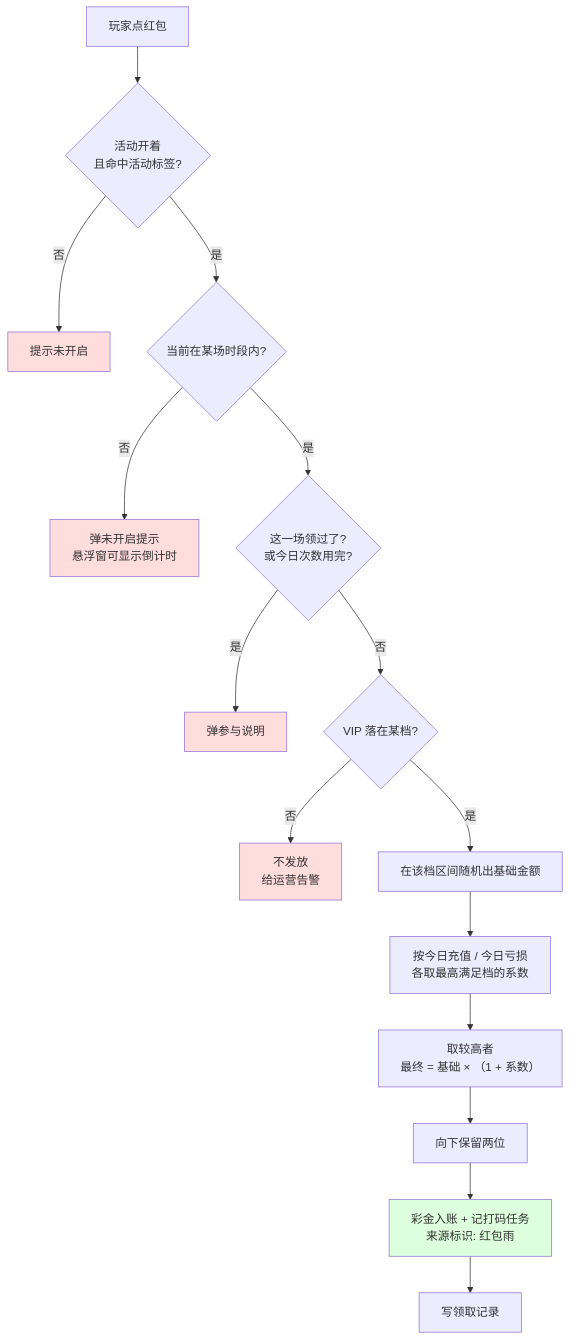
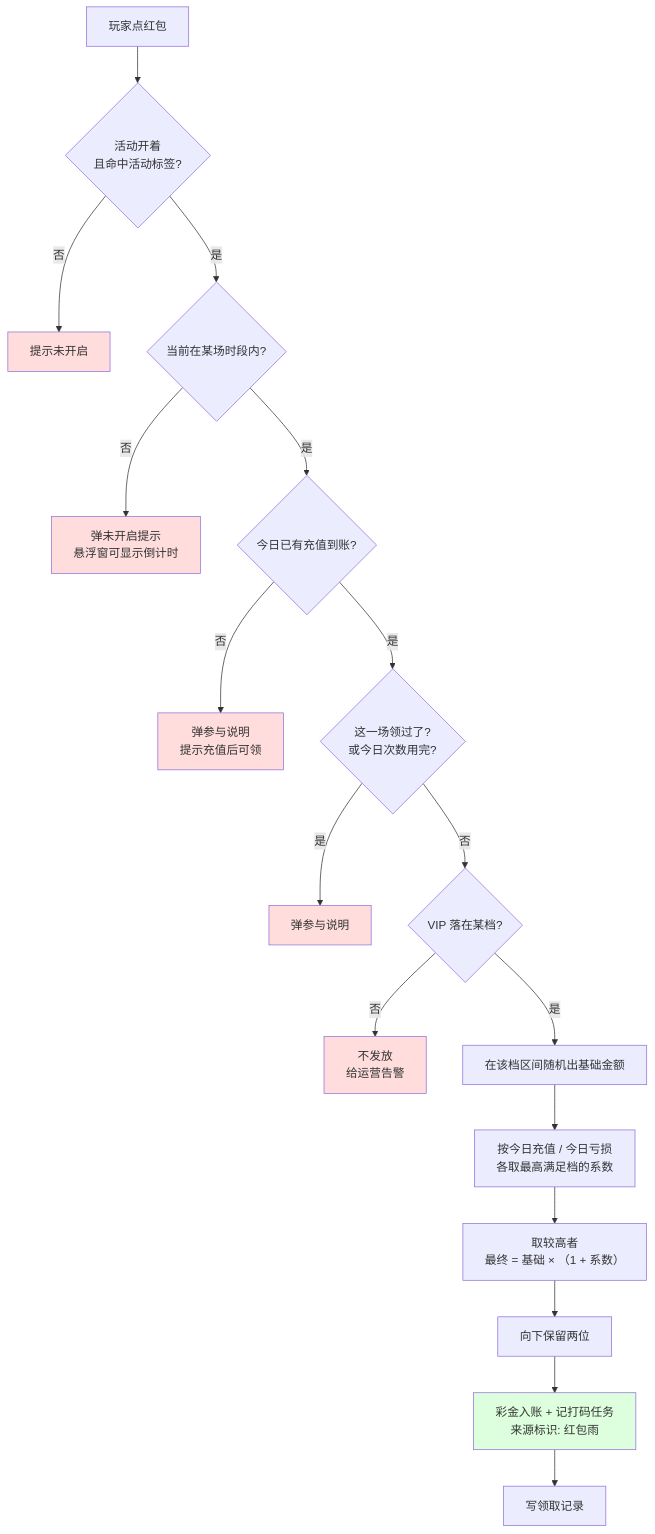
One commit to bingo-lab-1/bingo-figma changed the diagram in M4-活动管理/4.2-红包雨/README.md. Above: the diagram before and after it, drawn with Mermaid. The commit also changed other lines of this file and 1 other file, not shown here.

````diff
--- a/M4-活动管理/4.2-红包雨/README.md
+++ b/M4-活动管理/4.2-红包雨/README.md
@@ -228,22 +229,25 @@
 ```mermaid
 flowchart TD
     A[玩家点红包] --> B{活动开着<br/>且命中活动标签?}
     B -- 否 --> X1[提示未开启]
     B -- 是 --> C{当前在某场时段内?}
     C -- 否 --> X2[弹未开启提示<br/>悬浮窗可显示倒计时]
-    C -- 是 --> D{这一场领过了?<br/>或今日次数用完?}
+    C -- 是 --> C2{今日已有充值到账?}
+    C2 -- 否 --> X5[弹参与说明<br/>提示充值后可领]
+    C2 -- 是 --> D{这一场领过了?<br/>或今日次数用完?}
     D -- 是 --> X3[弹参与说明]
     D -- 否 --> E{VIP 落在某档?}
     E -- 否 --> X4[不发放<br/>给运营告警]
     E -- 是 --> F[在该档区间随机出基础金额]
     F --> G[按今日充值 / 今日亏损<br/>各取最高满足档的系数]
     G --> H[取较高者<br/>最终 = 基础 × （1 + 系数）]
     H --> I[向下保留两位]
     I --> J[彩金入账 + 记打码任务<br/>来源标识: 红包雨]
     J --> K[写领取记录]
     style X1 fill:#fdd
     style X2 fill:#fdd
     style X3 fill:#fdd
     style X4 fill:#fdd
+    style X5 fill:#fdd
     style J fill:#dfd
 ```
````
